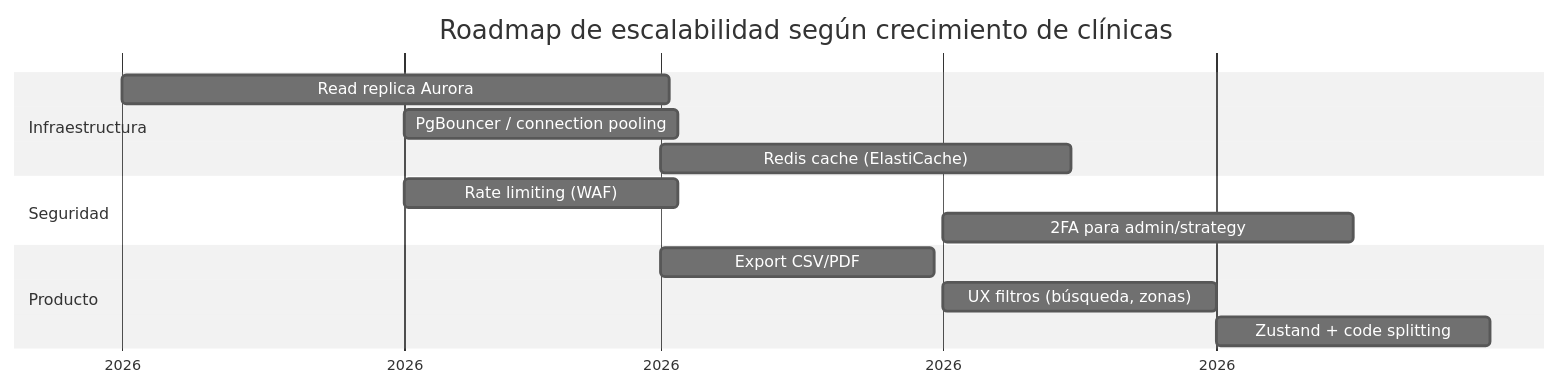
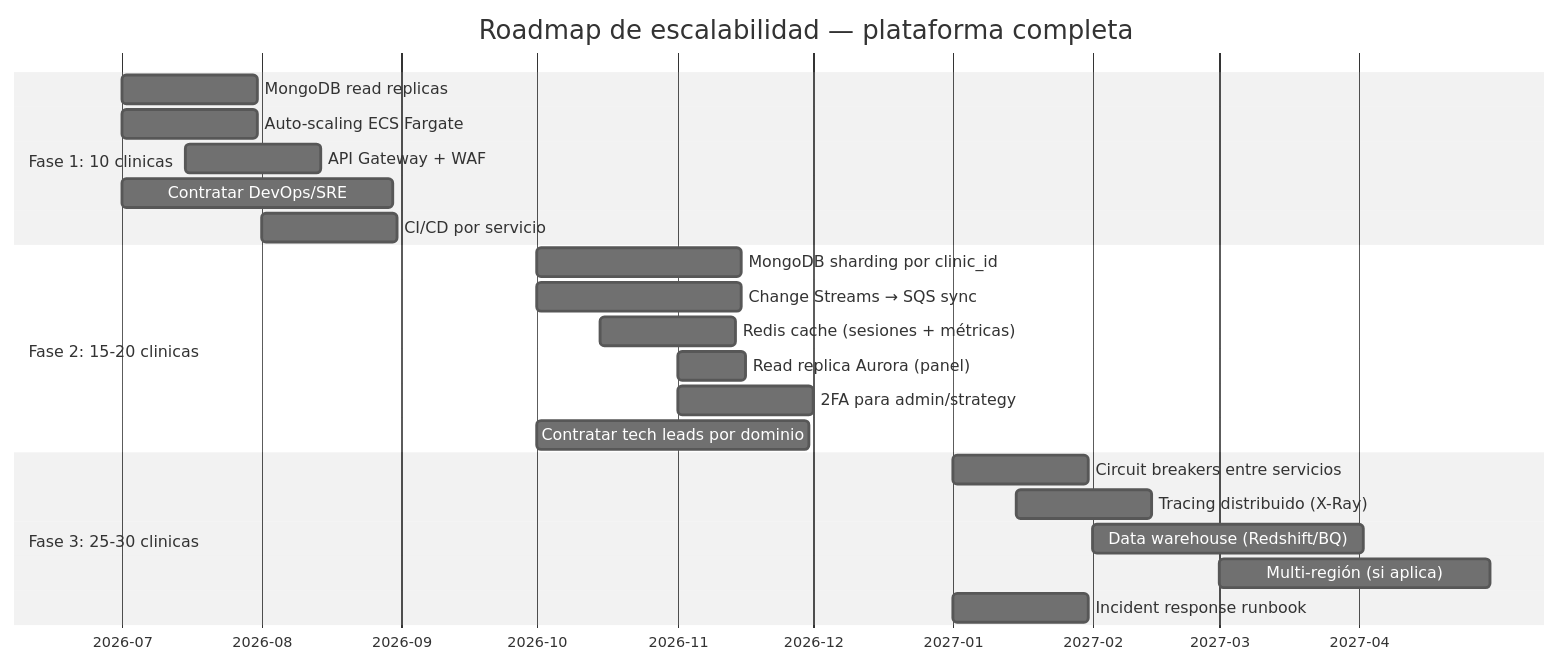
Before and after one commit to gmeono94/nua-salud-panel: diagram 19 of 19 in README.md, drawn with Mermaid (neutral theme). The commit also changed other lines of this file, not shown here.

````diff
--- a/README.md
+++ b/README.md
@@ -723,20 +912,28 @@
 ```mermaid
 gantt
-    title Roadmap de escalabilidad según crecimiento de clínicas
+    title Roadmap de escalabilidad — plataforma completa
     dateFormat YYYY-MM-DD
-    axisFormat %Y
+    axisFormat %Y-%m
 
-    section Infraestructura
-    Read replica Aurora             :2026-01-01, 60d
-    PgBouncer / connection pooling  :2026-02-01, 30d
-    Redis cache (ElastiCache)       :2026-03-01, 45d
+    section Fase 1: 10 clinicas
+    MongoDB read replicas              :2026-07-01, 30d
+    Auto-scaling ECS Fargate           :2026-07-01, 30d
+    API Gateway + WAF                  :2026-07-15, 30d
+    Contratar DevOps/SRE               :2026-07-01, 60d
+    CI/CD por servicio                 :2026-08-01, 30d
 
-    section Seguridad
-    Rate limiting (WAF)             :2026-02-01, 30d
-    2FA para admin/strategy         :2026-04-01, 45d
+    section Fase 2: 15-20 clinicas
+    MongoDB sharding por clinic_id     :2026-10-01, 45d
+    Change Streams → SQS sync          :2026-10-01, 45d
+    Redis cache (sesiones + métricas)  :2026-10-15, 30d
+    Read replica Aurora (panel)        :2026-11-01, 15d
+    2FA para admin/strategy            :2026-11-01, 30d
+    Contratar tech leads por dominio   :2026-10-01, 60d
 
-    section Producto
-    Export CSV/PDF                  :2026-03-01, 30d
-    UX filtros (búsqueda, zonas)    :2026-04-01, 30d
-    Zustand + code splitting        :2026-05-01, 30d
+    section Fase 3: 25-30 clinicas
+    Circuit breakers entre servicios   :2027-01-01, 30d
+    Tracing distribuido (X-Ray)        :2027-01-15, 30d
+    Data warehouse (Redshift/BQ)       :2027-02-01, 60d
+    Multi-región (si aplica)           :2027-03-01, 60d
+    Incident response runbook          :2027-01-01, 30d
 ```
````
